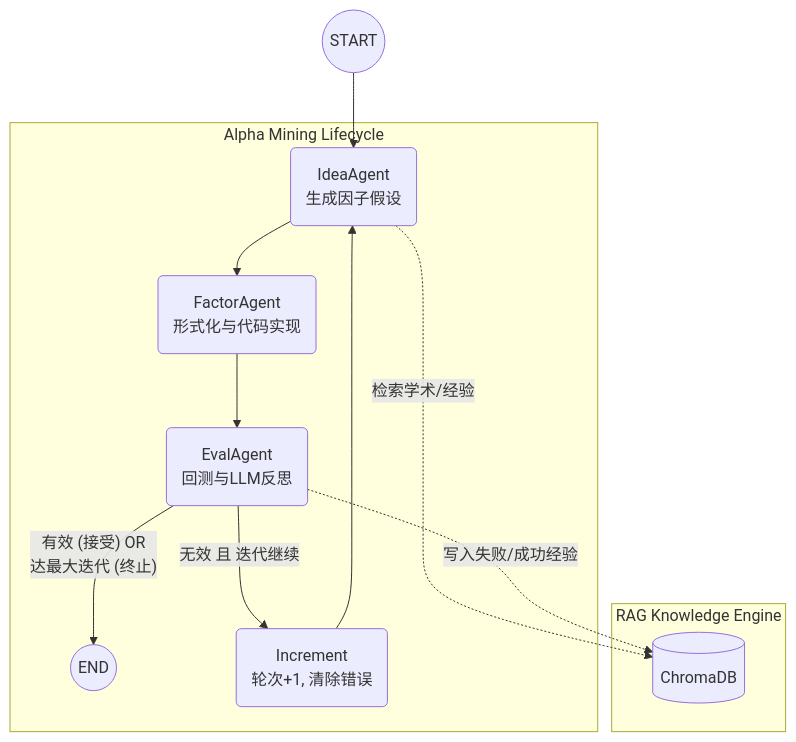
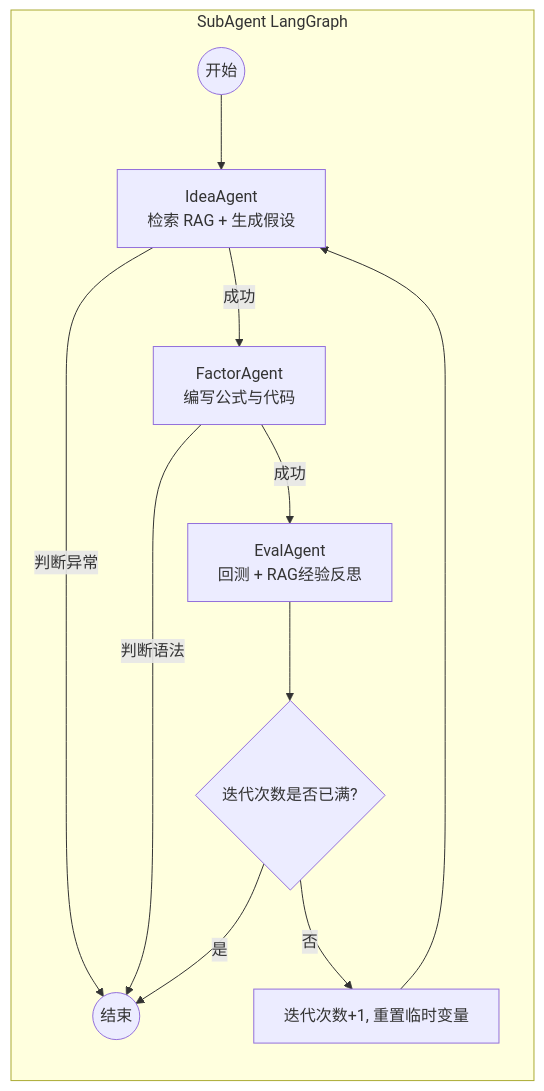
Before and after one commit to WeissHymmnos/aiminer: the second of 2 diagrams in instruction.md, drawn with Mermaid. The commit also changed other lines of this file and 17 other files, not shown here.

````diff
--- a/instruction.md
+++ b/instruction.md
@@ -103,19 +98,15 @@
 ```mermaid
-graph TD
-    START((START)) --> IdeaAgent
-    
-    subgraph "Alpha Mining Lifecycle"
-        IdeaAgent(IdeaAgent<br>生成因子假设) --> FactorAgent(FactorAgent<br>形式化与代码实现)
-        FactorAgent --> EvalAgent(EvalAgent<br>回测与LLM反思)
+graph LR
+    subgraph SubAgent LangGraph
+        Start((开始)) --> Idea[IdeaAgent<br/>检索 RAG + 生成假设]
+        Idea --> |判断异常| End((结束))
+        Idea --> |成功| Factor[FactorAgent<br/>编写公式与代码]
+        Factor --> |判断语法| End
+        Factor --> |成功| Eval[EvalAgent<br/>回测 + RAG经验反思]
         
-        EvalAgent -- "有效 (接受) OR<br>达最大迭代 (终止)" --> END_NODE((END))
-        EvalAgent -- "无效 且 迭代继续" --> Increment(Increment<br>轮次+1, 清除错误)
-        Increment --> IdeaAgent
-    end
-    
-    subgraph "RAG Knowledge Engine"
-        DB[(ChromaDB)]
-        IdeaAgent -.-> |检索学术/经验| DB
-        EvalAgent -.-> |写入失败/成功经验| DB
+        Eval --> Check{迭代次数是否已满?}
+        Check -- 否 --> Increment[迭代次数+1, 重置临时变量]
+        Increment --> Idea
+        Check -- 是 --> End
     end
 ```
````
